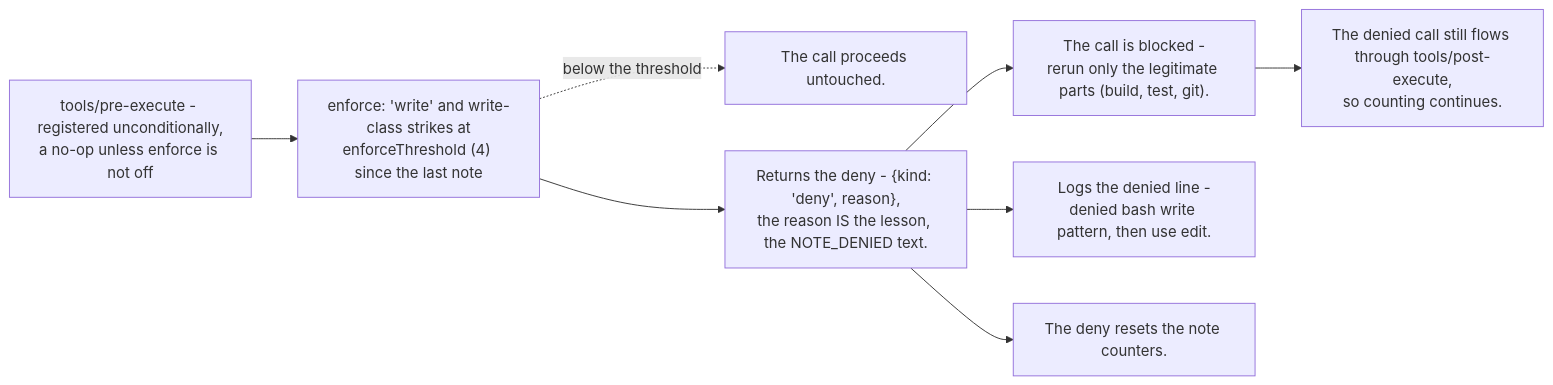
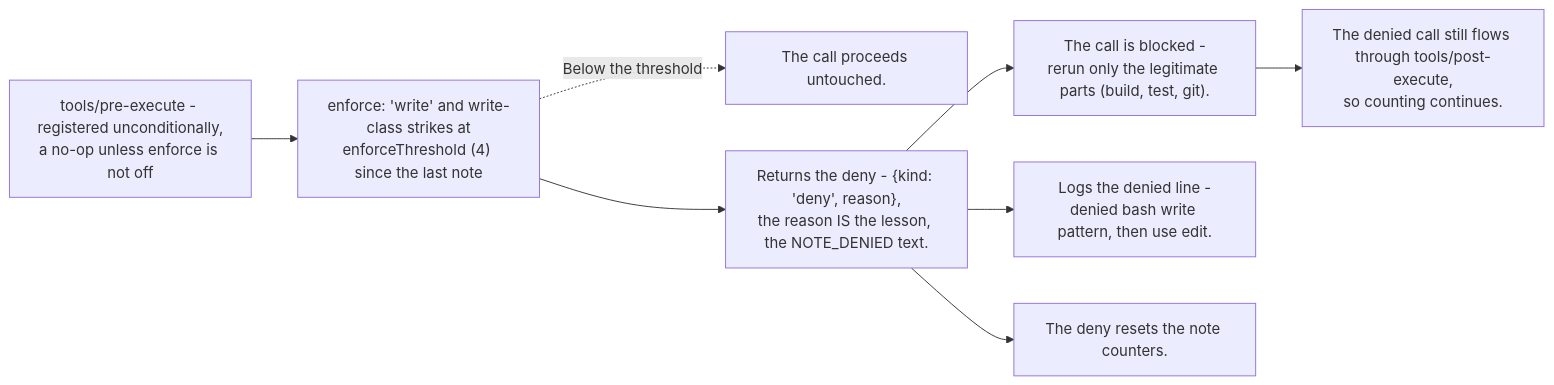
Before and after one commit to PlayForm/Site-DeepSeek: the diagram in Source/Content/Mermaid/coach-in-action-deny.mmd, drawn with Mermaid. The commit also changed 90 other files, not shown here.

```diff
--- a/Source/Content/Mermaid/coach-in-action-deny.mmd
+++ b/Source/Content/Mermaid/coach-in-action-deny.mmd
@@ -1,16 +1,16 @@
 flowchart LR
 	PRE["tools/pre-execute - registered unconditionally,<br/>a no-op unless enforce is not off"]
 	CHECK["enforce: 'write' and write-class strikes at<br/>enforceThreshold (4) since the last note"]
 	PASS["The call proceeds untouched."]
 	DENY["Returns the deny - {kind: 'deny', reason},<br/>the reason IS the lesson, the NOTE_DENIED text."]
 	BLOCK["The call is blocked -<br/>rerun only the legitimate parts (build, test, git)."]
 	LED["Logs the denied line -<br/>denied bash write pattern, then use edit."]
 	RESET["The deny resets the note counters."]
 	POST["The denied call still flows through tools/post-execute,<br/>so counting continues."]
 	PRE --> CHECK
-	CHECK -. "below the threshold" .-> PASS
+	CHECK -. "Below the threshold" .-> PASS
 	CHECK --> DENY
 	DENY --> BLOCK
 	DENY --> LED
 	DENY --> RESET
 	BLOCK --> POST
```
